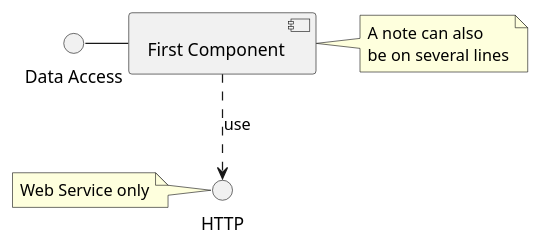
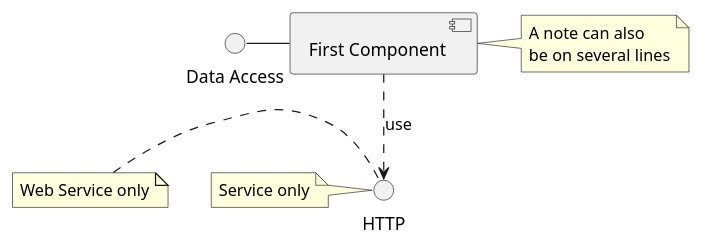
The diagram in docs/notes.puml (hzierer/render-run), drawn with PlantUML before and after one commit.

```diff
--- a/docs/notes.puml
+++ b/docs/notes.puml
@@ -1,13 +1,14 @@
 @startuml
 interface "Data Access" as DA
 
 DA - [First Component]
 [First Component] ..> HTTP : use
 
 note left of HTTP : Web Service only
+note left of HTTP : Service only
 
 note right of [First Component]
   A note can also
   be on several lines
 end note
 @enduml
```
